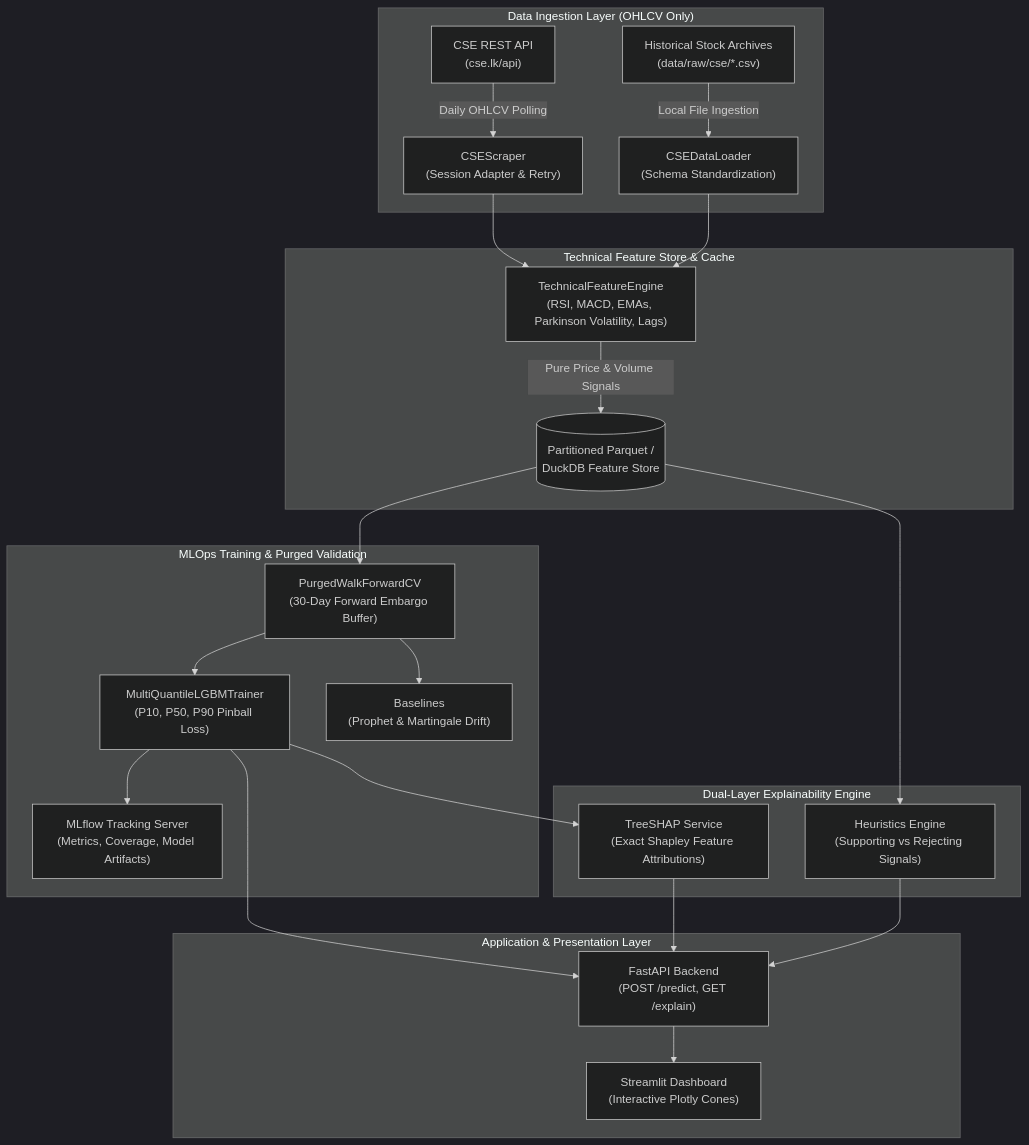
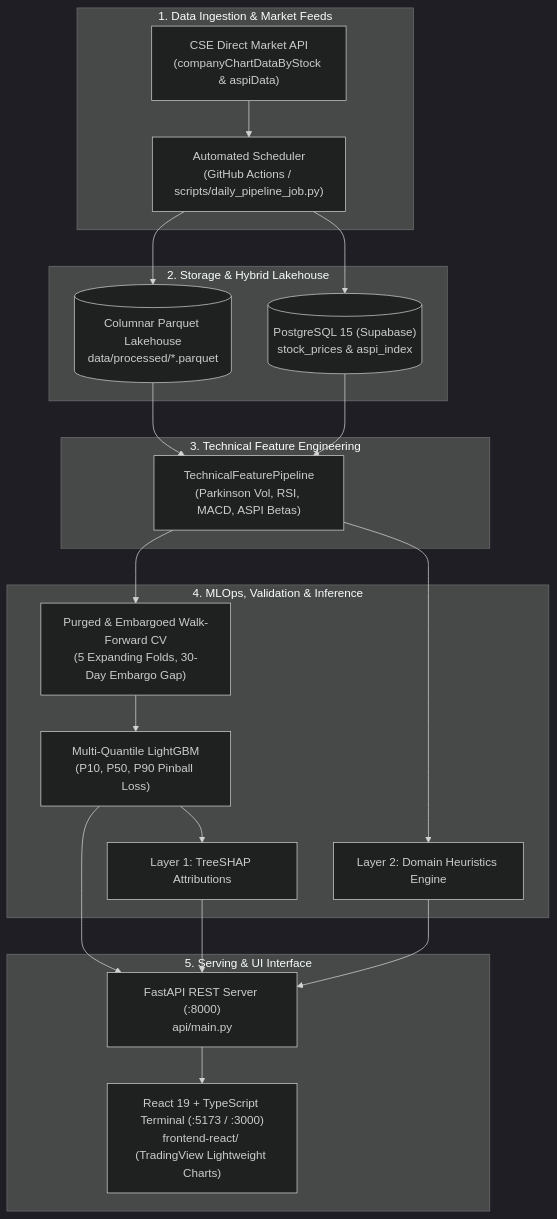
One commit to madhushankast/cse-market-intelligence changed the diagram in docs/architecture.md. Above: the diagram before and after it, drawn with Mermaid (dark theme). The commit also changed other lines of this file and 13 other files, not shown here.

````diff
--- a/docs/architecture.md
+++ b/docs/architecture.md
@@ -9,29 +18,40 @@
 ```mermaid
 flowchart TD
-    subgraph DataSources["Data Ingestion Layer (OHLCV Only)"]
-        A1["CSE REST API\n(cse.lk/api)"] -->|Daily OHLCV Polling| B1["CSEScraper\n(Session Adapter & Retry)"]
-        A2["Historical Stock Archives\n(data/raw/cse/*.csv)"] -->|Local File Ingestion| B2["CSEDataLoader\n(Schema Standardization)"]
+    subgraph DataIngestion ["1. Data Ingestion & Market Feeds"]
+        CSE_API["CSE Direct Market API\n(companyChartDataByStock & aspiData)"]
+        CronRunner["Automated Scheduler\n(GitHub Actions / scripts/daily_pipeline_job.py)"]
+        CSE_API --> CronRunner
     end
 
-    subgraph FeatureEngineering["Technical Feature Store & Cache"]
-        B1 & B2 --> C1["TechnicalFeatureEngine\n(RSI, MACD, EMAs, Parkinson Volatility, Lags)"]
-        C1 -->|Pure Price & Volume Signals| D1[("Partitioned Parquet /\nDuckDB Feature Store")]
+    subgraph DataLayer ["2. Storage & Hybrid Lakehouse"]
+        ParquetCache[("Columnar Parquet Lakehouse\ndata/processed/*.parquet")]
+        CloudDB[("PostgreSQL 15 (Supabase)\nstock_prices & aspi_index")]
+        CronRunner --> ParquetCache
+        CronRunner --> CloudDB
     end
 
-    subgraph ModelingValidation["MLOps Training & Purged Validation"]
-        D1 --> E1["PurgedWalkForwardCV\n(30-Day Forward Embargo Buffer)"]
-        E1 --> F1["MultiQuantileLGBMTrainer\n(P10, P50, P90 Pinball Loss)"]
-        E1 --> F2["Baselines\n(Prophet & Martingale Drift)"]
-        F1 --> G1["MLflow Tracking Server\n(Metrics, Coverage, Model Artifacts)"]
+    subgraph FeatureStore ["3. Technical Feature Engineering"]
+        Pipeline["TechnicalFeaturePipeline\n(Parkinson Vol, RSI, MACD, ASPI Betas)"]
+        ParquetCache --> Pipeline
+        CloudDB --> Pipeline
     end
 
-    subgraph Explainability["Dual-Layer Explainability Engine"]
-        F1 --> H1["TreeSHAP Service\n(Exact Shapley Feature Attributions)"]
-        D1 --> H2["Heuristics Engine\n(Supporting vs Rejecting Signals)"]
+    subgraph ModelingEngine ["4. MLOps, Validation & Inference"]
+        CV["Purged & Embargoed Walk-Forward CV\n(5 Expanding Folds, 30-Day Embargo Gap)"]
+        LGBM["Multi-Quantile LightGBM\n(P10, P50, P90 Pinball Loss)"]
+        XAI_SHAP["Layer 1: TreeSHAP Attributions"]
+        XAI_Heuristics["Layer 2: Domain Heuristics Engine"]
+        Pipeline --> CV --> LGBM
+        LGBM --> XAI_SHAP
+        Pipeline --> XAI_Heuristics
     end
 
-    subgraph Serving["Application & Presentation Layer"]
-        F1 & H1 & H2 --> I1["FastAPI Backend\n(POST /predict, GET /explain)"]
-        I1 --> J1["Streamlit Dashboard\n(Interactive Plotly Cones)"]
+    subgraph ServingLayer ["5. Serving & UI Interface"]
+        FastAPI["FastAPI REST Server (:8000)\napi/main.py"]
+        ReactClient["React 19 + TypeScript Terminal (:5173 / :3000)\nfrontend-react/ (TradingView Lightweight Charts)"]
+        LGBM --> FastAPI
+        XAI_SHAP --> FastAPI
+        XAI_Heuristics --> FastAPI
+        FastAPI --> ReactClient
     end
 ```
````
